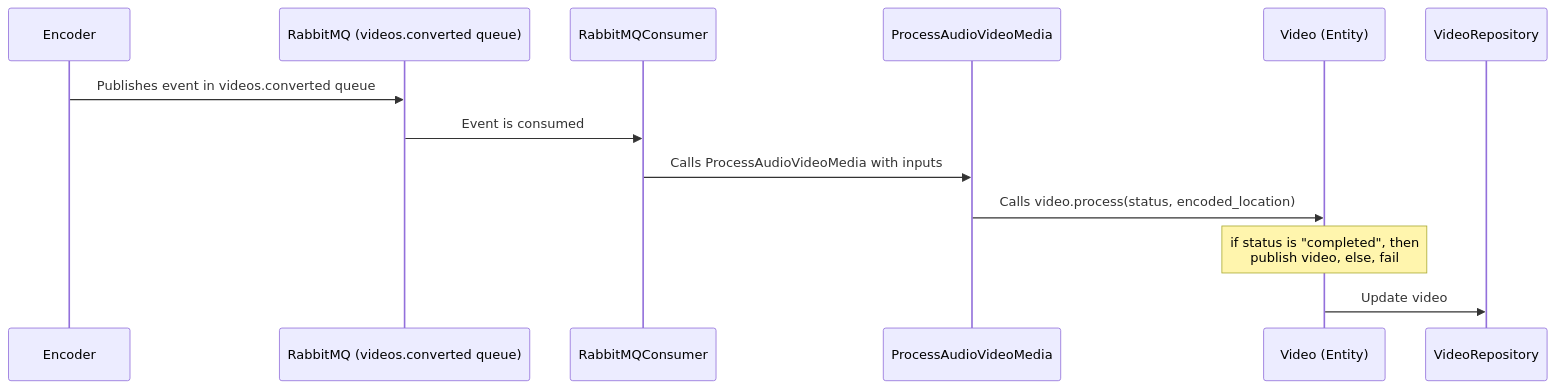
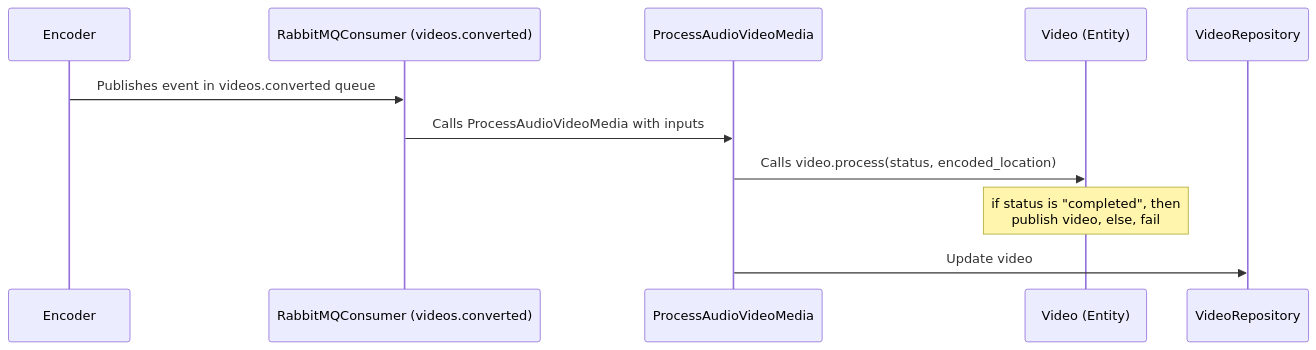
One commit to gcrsaldanha/codeflix-catalog-admin changed the diagram in diagrams/consume_video_converted.mermaid. Above: the diagram before and after it, drawn with Mermaid. The commit also changed 1 other file, not shown here.

Commit message:
Update diagrams

```diff
--- a/diagrams/consume_video_converted.mermaid
+++ b/diagrams/consume_video_converted.mermaid
@@ -1,16 +1,12 @@
 sequenceDiagram
     participant Encoder as Encoder
-    participant RabbitMQ as RabbitMQ (videos.converted queue)
-    participant Consumer as RabbitMQConsumer
+    participant Consumer as RabbitMQConsumer (videos.converted)
     participant Processor as ProcessAudioVideoMedia
     participant VideoEntity as Video (Entity)
     participant VideoRepo as VideoRepository
 
-    Encoder->>RabbitMQ: Publishes event in videos.converted queue
-    RabbitMQ->>Consumer: Event is consumed
+    Encoder->>Consumer: Publishes event in videos.converted queue
     Consumer->>Processor: Calls ProcessAudioVideoMedia with inputs
     Processor->>VideoEntity: Calls video.process(status, encoded_location)
-
     Note over VideoEntity: if status is "completed", then<br/> publish video, else, fail
-
-    VideoEntity->>VideoRepo: Update video
+    Processor->>VideoRepo: Update video
```
